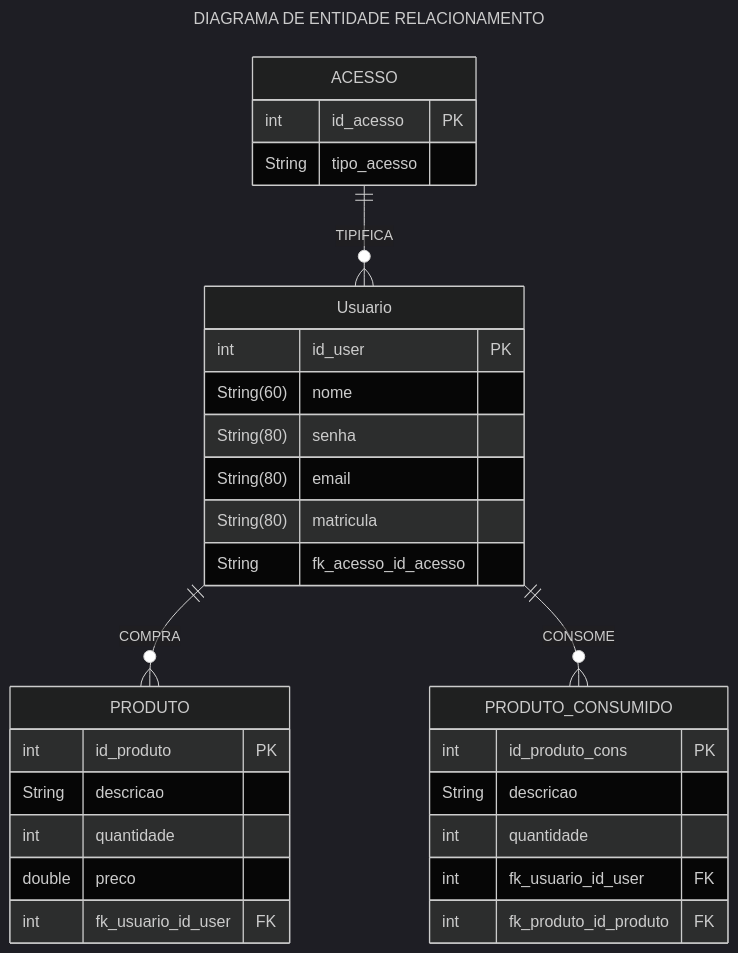
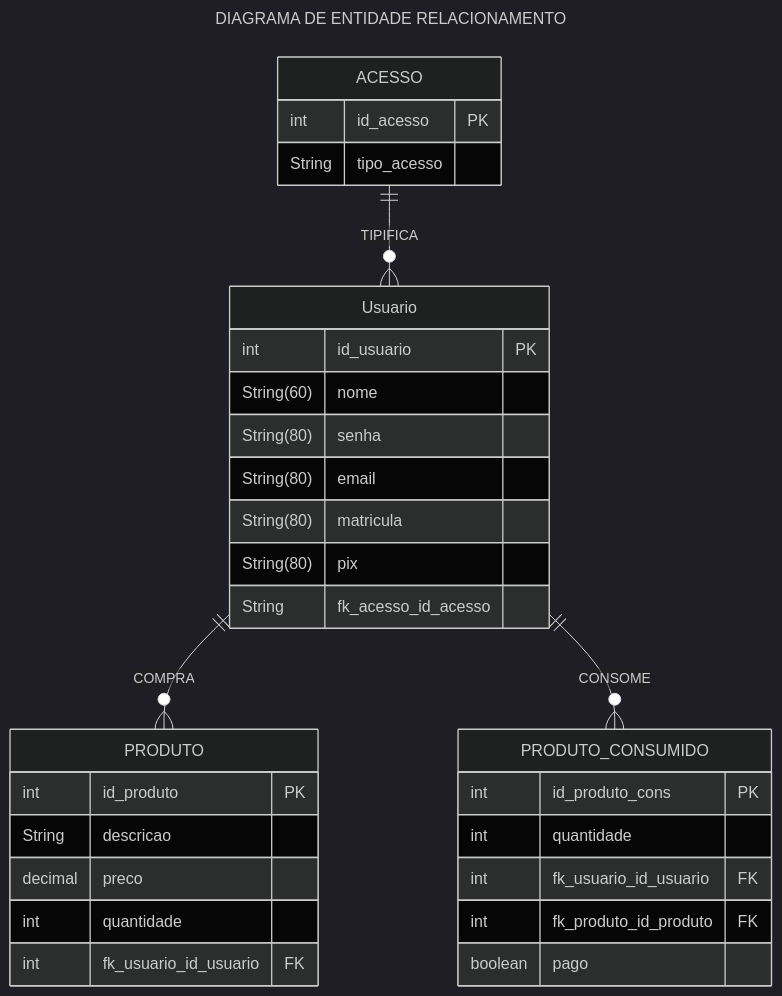
Before and after one commit to Korzre/npi-split: the diagram in docs/Diagrams/Entity-relationship-diagrams.md, drawn with Mermaid (dark theme). The commit also changed 47 other files, not shown here.

````diff
--- a/docs/Diagrams/Entity-relationship-diagrams.md
+++ b/docs/Diagrams/Entity-relationship-diagrams.md
@@ -2,45 +2,46 @@
 ```mermaid
 ---
 title: DIAGRAMA DE ENTIDADE RELACIONAMENTO
 ---
 erDiagram
 
  ACESSO ||--o{ Usuario: TIPIFICA
 
 ACESSO{
    int id_acesso PK
    String tipo_acesso
 }
  
  Usuario ||--o{ PRODUTO : COMPRA 
  Usuario{
-   int id_user PK
+   int id_usuario PK
    String(60) nome
    String(80) senha
    String(80) email
-   String(80) matricula  
+   String(80) matricula
+   String(80) pix   
    String fk_acesso_id_acesso  
  }
 
   Usuario ||--o{ PRODUTO_CONSUMIDO : CONSOME
 
   PRODUTO{
    int id_produto PK
    String descricao
+   decimal preco
    int quantidade
-   double preco
-   int fk_usuario_id_user FK
+   int fk_usuario_id_usuario FK
   }
 
   PRODUTO_CONSUMIDO{
    int id_produto_cons PK  
-   String descricao
    int quantidade
-   int fk_usuario_id_user FK
+   int fk_usuario_id_usuario FK
    int fk_produto_id_produto FK
+   boolean pago
   }
 
   
 
 
 ```
````
